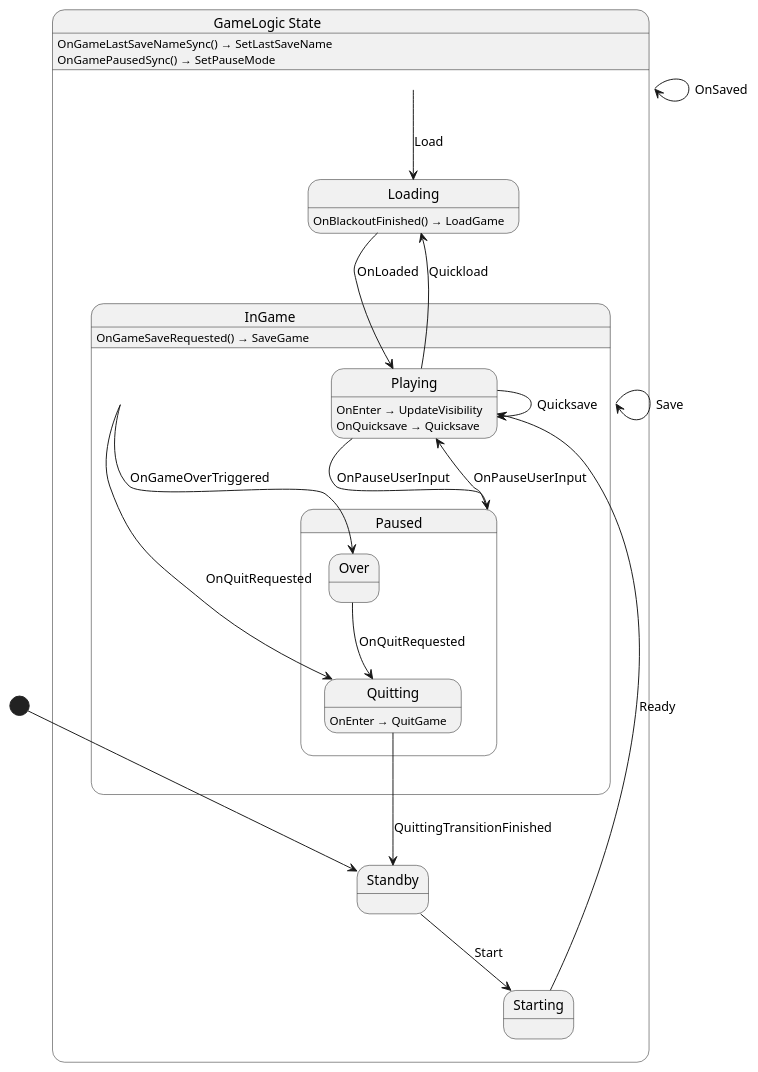
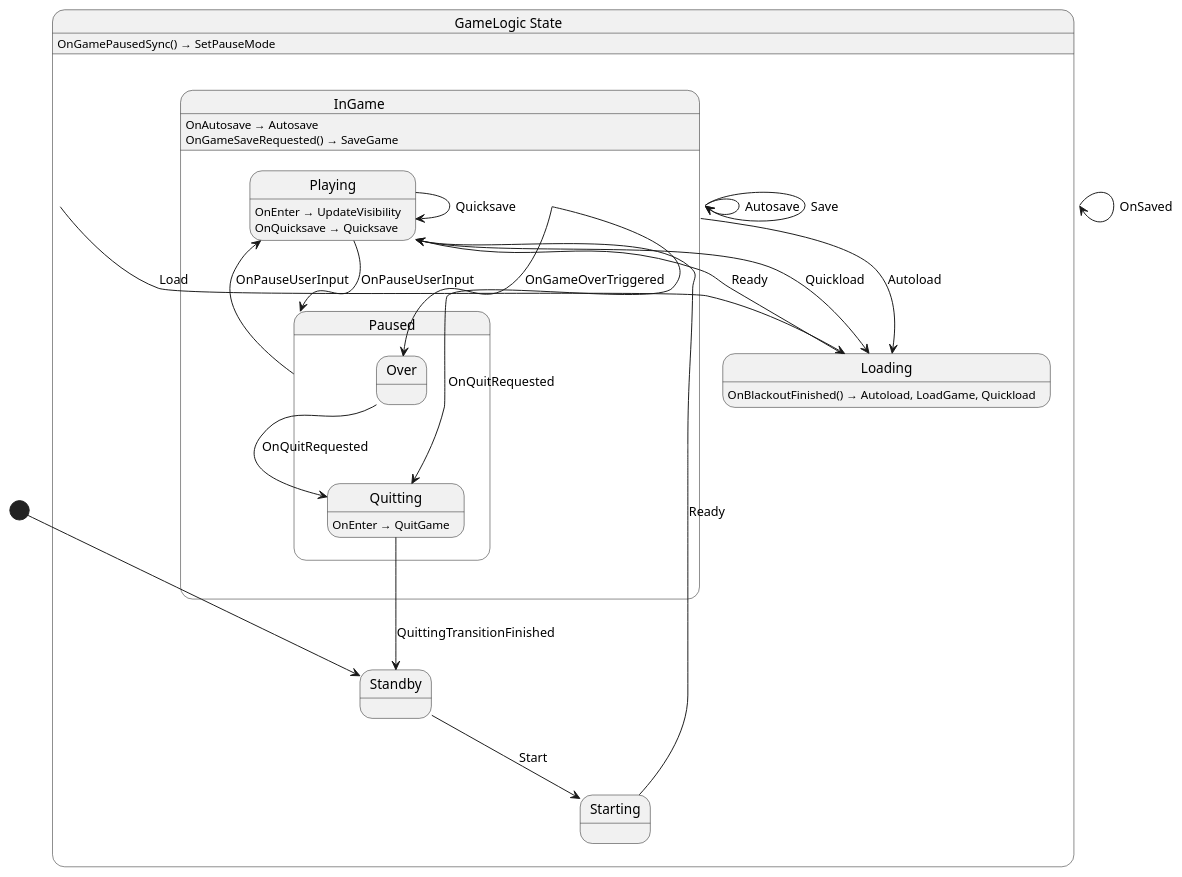
The diagram in Yolk.Logic/Game/GameLogic.g.puml (nilsiker/yolk), drawn with PlantUML before and after one commit. The commit also changed 36 other files, not shown here.

```diff
--- a/Yolk.Logic/Game/GameLogic.g.puml
+++ b/Yolk.Logic/Game/GameLogic.g.puml
@@ -1,39 +1,41 @@
 @startuml GameLogic
 state "GameLogic State" as Yolk_Game_GameLogic_State {
   state "InGame" as Yolk_Game_GameLogic_State_InGame {
     state "Paused" as Yolk_Game_GameLogic_State_InGame_Paused {
       state "Quitting" as Yolk_Game_GameLogic_State_InGame_Paused_Quitting
       state "Over" as Yolk_Game_GameLogic_State_InGame_Paused_Over
     }
     state "Playing" as Yolk_Game_GameLogic_State_InGame_Playing
   }
   state "Loading" as Yolk_Game_GameLogic_State_Loading
   state "Standby" as Yolk_Game_GameLogic_State_Standby
   state "Starting" as Yolk_Game_GameLogic_State_Starting
 }
 
 Yolk_Game_GameLogic_State --> Yolk_Game_GameLogic_State : OnSaved
 Yolk_Game_GameLogic_State --> Yolk_Game_GameLogic_State_Loading : Load
+Yolk_Game_GameLogic_State_InGame --> Yolk_Game_GameLogic_State_InGame : Autosave
 Yolk_Game_GameLogic_State_InGame --> Yolk_Game_GameLogic_State_InGame : Save
 Yolk_Game_GameLogic_State_InGame --> Yolk_Game_GameLogic_State_InGame_Paused_Over : OnGameOverTriggered
 Yolk_Game_GameLogic_State_InGame --> Yolk_Game_GameLogic_State_InGame_Paused_Quitting : OnQuitRequested
+Yolk_Game_GameLogic_State_InGame --> Yolk_Game_GameLogic_State_Loading : Autoload
 Yolk_Game_GameLogic_State_InGame_Paused --> Yolk_Game_GameLogic_State_InGame_Playing : OnPauseUserInput
 Yolk_Game_GameLogic_State_InGame_Paused_Over --> Yolk_Game_GameLogic_State_InGame_Paused_Quitting : OnQuitRequested
 Yolk_Game_GameLogic_State_InGame_Paused_Quitting --> Yolk_Game_GameLogic_State_Standby : QuittingTransitionFinished
 Yolk_Game_GameLogic_State_InGame_Playing --> Yolk_Game_GameLogic_State_InGame_Paused : OnPauseUserInput
 Yolk_Game_GameLogic_State_InGame_Playing --> Yolk_Game_GameLogic_State_InGame_Playing : Quicksave
 Yolk_Game_GameLogic_State_InGame_Playing --> Yolk_Game_GameLogic_State_Loading : Quickload
-Yolk_Game_GameLogic_State_Loading --> Yolk_Game_GameLogic_State_InGame_Playing : OnLoaded
+Yolk_Game_GameLogic_State_Loading --> Yolk_Game_GameLogic_State_InGame_Playing : Ready
 Yolk_Game_GameLogic_State_Standby --> Yolk_Game_GameLogic_State_Starting : Start
 Yolk_Game_GameLogic_State_Starting --> Yolk_Game_GameLogic_State_InGame_Playing : Ready
 
-Yolk_Game_GameLogic_State : OnGameLastSaveNameSync() → SetLastSaveName
 Yolk_Game_GameLogic_State : OnGamePausedSync() → SetPauseMode
+Yolk_Game_GameLogic_State_InGame : OnAutosave → Autosave
 Yolk_Game_GameLogic_State_InGame : OnGameSaveRequested() → SaveGame
 Yolk_Game_GameLogic_State_InGame_Paused_Quitting : OnEnter → QuitGame
 Yolk_Game_GameLogic_State_InGame_Playing : OnEnter → UpdateVisibility
 Yolk_Game_GameLogic_State_InGame_Playing : OnQuicksave → Quicksave
-Yolk_Game_GameLogic_State_Loading : OnBlackoutFinished() → LoadGame
+Yolk_Game_GameLogic_State_Loading : OnBlackoutFinished() → Autoload, LoadGame, Quickload
 
 [*] --> Yolk_Game_GameLogic_State_Standby
 @enduml
```
